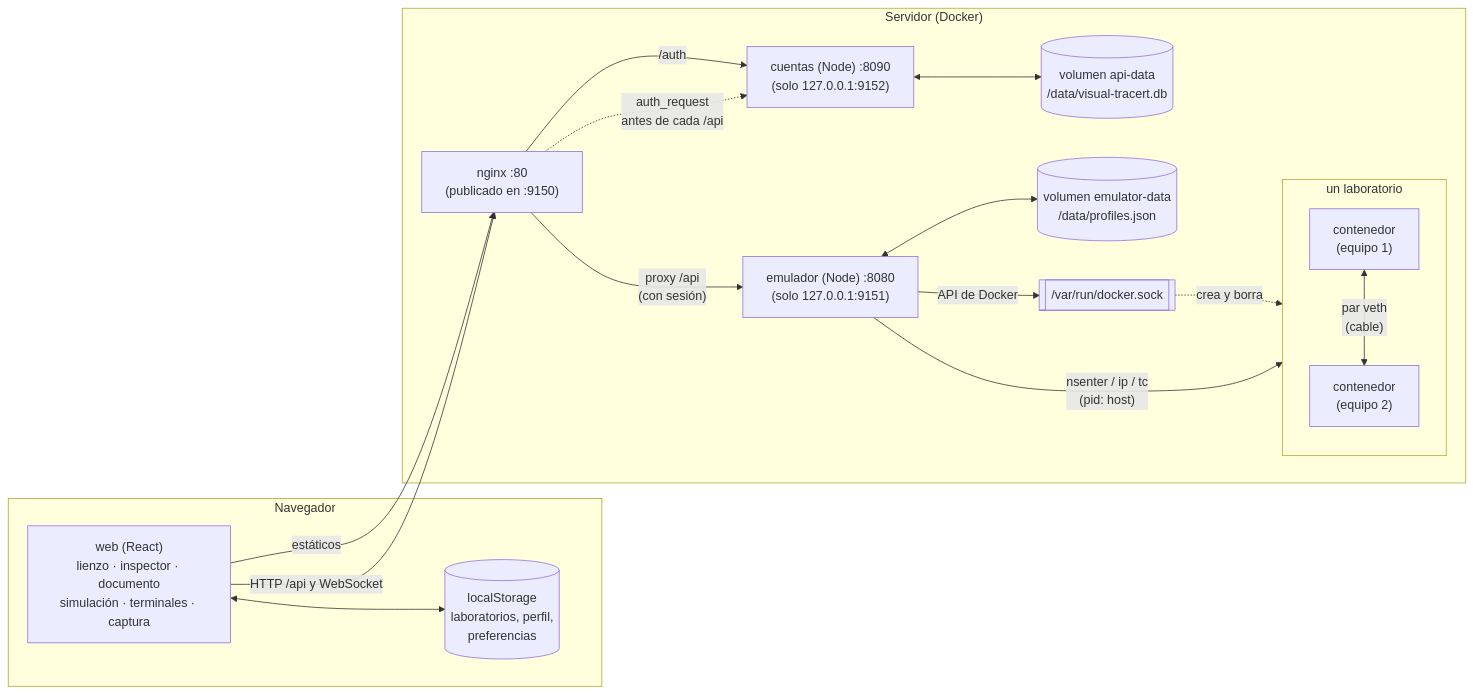
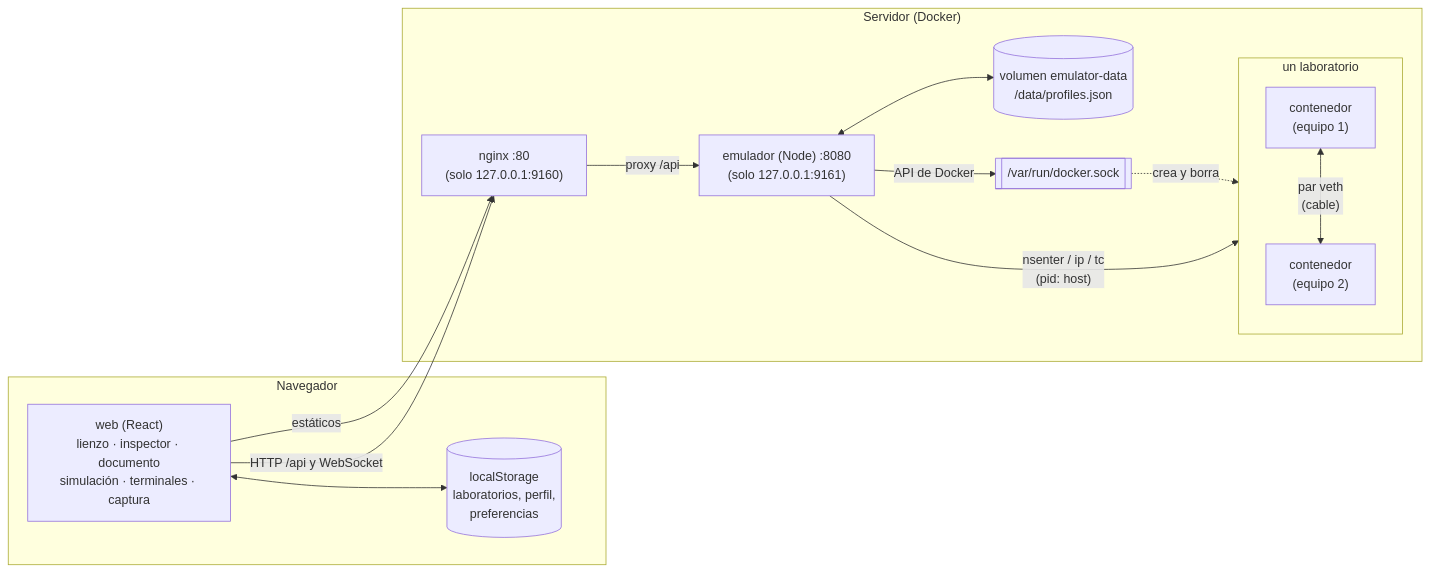
The first of 3 diagrams in docs/arquitectura.md (eirikrrrr/visualtracert-canvas), drawn with Mermaid before and after one commit. The commit also changed other lines of this file and 94 other files, not shown here.

````diff
--- a/docs/arquitectura.md
+++ b/docs/arquitectura.md
@@ -14,33 +14,28 @@
 ```mermaid
 flowchart LR
   subgraph Navegador
     UI["web (React)<br/>lienzo · inspector · documento<br/>simulación · terminales · captura"]
     LS[("localStorage<br/>laboratorios, perfil,<br/>preferencias")]
     UI <--> LS
   end
 
   subgraph Servidor["Servidor (Docker)"]
-    NGINX["nginx :80<br/>(publicado en :9150)"]
-    API["cuentas (Node) :8090<br/>(solo 127.0.0.1:9152)"]
-    DB[("volumen api-data<br/>/data/visual-tracert.db")]
-    EMU["emulador (Node) :8080<br/>(solo 127.0.0.1:9151)"]
+    NGINX["nginx :80<br/>(solo 127.0.0.1:9160)"]
+    EMU["emulador (Node) :8080<br/>(solo 127.0.0.1:9161)"]
     DATA[("volumen emulator-data<br/>/data/profiles.json")]
     SOCK[["/var/run/docker.sock"]]
     subgraph Lab["un laboratorio"]
       C1["contenedor<br/>(equipo 1)"]
       C2["contenedor<br/>(equipo 2)"]
       C1 <-- "par veth<br/>(cable)" --> C2
     end
   end
 
   UI -- "estáticos" --> NGINX
   UI -- "HTTP /api y WebSocket" --> NGINX
-  NGINX -- "/auth" --> API
-  NGINX -. "auth_request<br/>antes de cada /api" .-> API
-  API <--> DB
-  NGINX -- "proxy /api<br/>(con sesión)" --> EMU
+  NGINX -- "proxy /api" --> EMU
   EMU <--> DATA
   EMU -- "API de Docker" --> SOCK
   SOCK -. "crea y borra" .-> Lab
   EMU -- "nsenter / ip / tc<br/>(pid: host)" --> Lab
 ```
````
